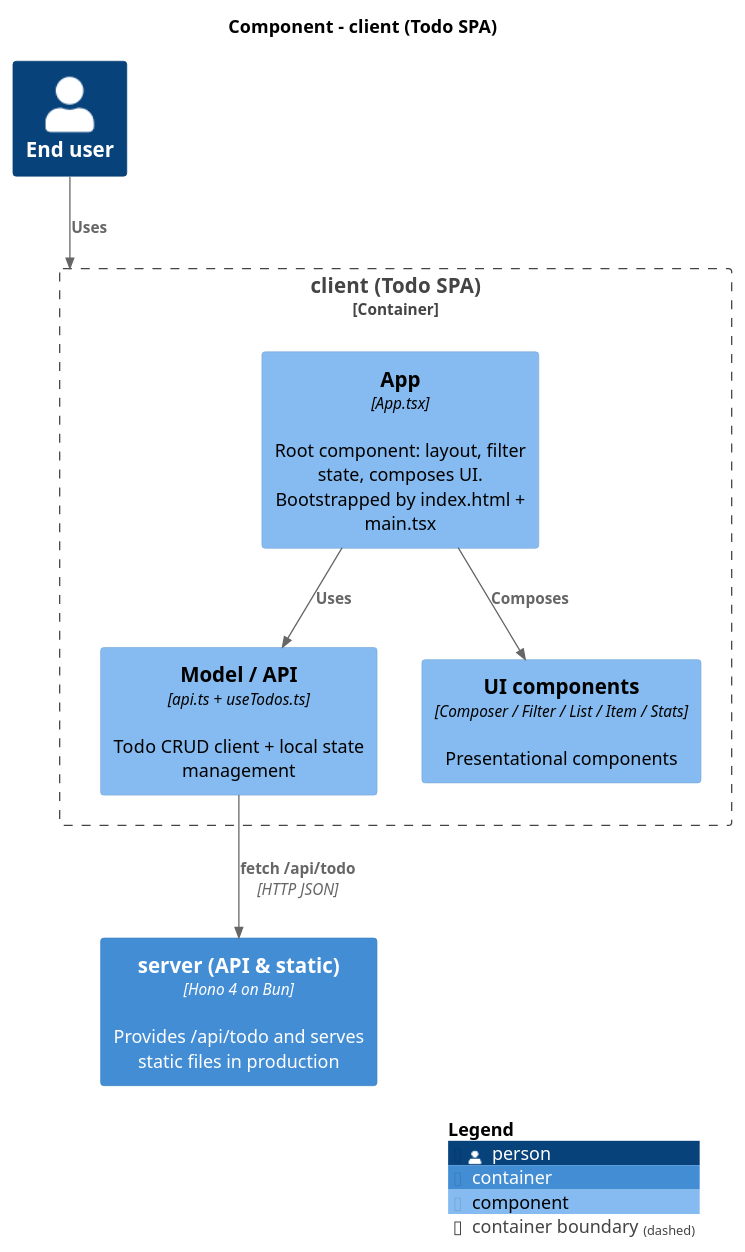
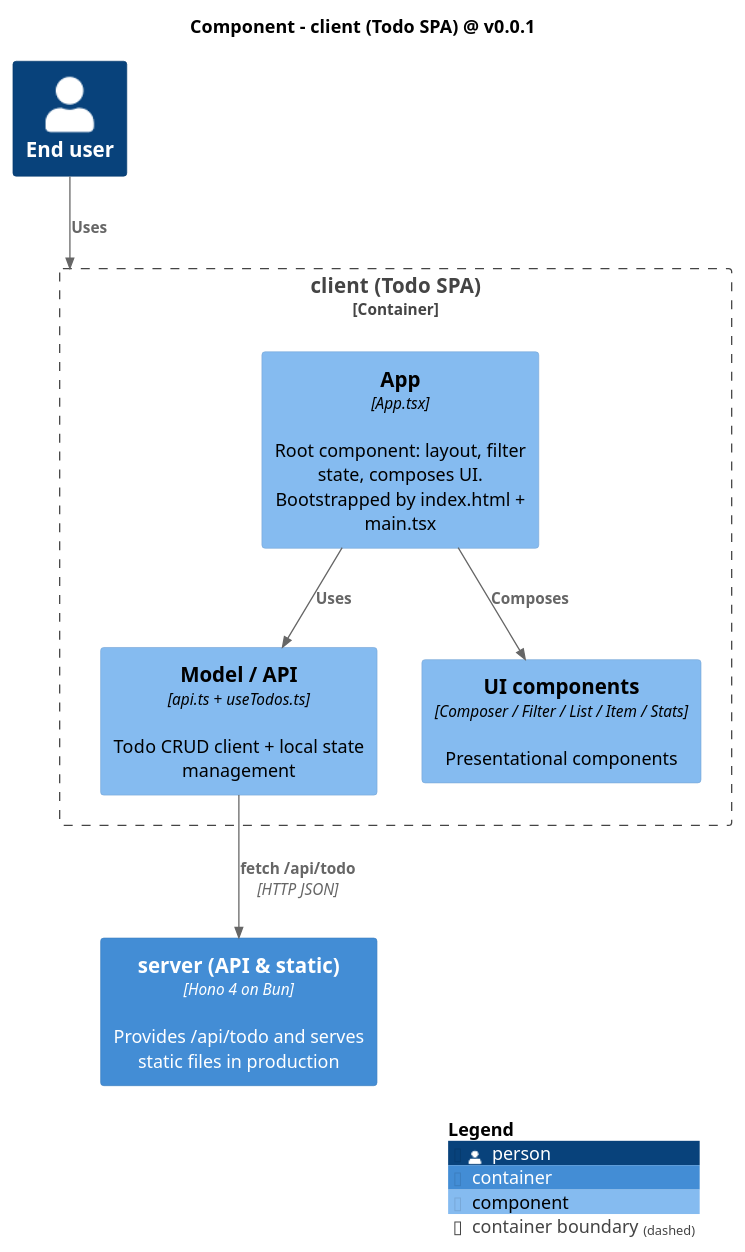
The diagram in docs/architecture/diagrams/03a-component-client.puml (MemoryIt/todo), drawn with PlantUML before and after one commit. The commit also changed 10 other files, not shown here.

Commit message:
docs(diagrams): add the v0.0.1 version anchor to diagram titles

```diff
--- a/docs/architecture/diagrams/03a-component-client.puml
+++ b/docs/architecture/diagrams/03a-component-client.puml
@@ -1,20 +1,20 @@
 @startuml
 !include <C4/C4_Component>
-title Component - client (Todo SPA)
+title Component - client (Todo SPA) @ v0.0.1
 
 Person(user, "End user")
 Container(server, "server (API & static)", "Hono 4 on Bun", "Provides /api/todo and serves static files in production")
 
 Container_Boundary(c, "client (Todo SPA)") {
   Component(app, "App", "App.tsx", "Root component: layout, filter state, composes UI. Bootstrapped by index.html + main.tsx")
   Component(model, "Model / API", "api.ts + useTodos.ts", "Todo CRUD client + local state management")
   Component(ui, "UI components", "Composer / Filter / List / Item / Stats", "Presentational components")
 }
 
 Rel(user, c, "Uses")
 Rel(app, model, "Uses")
 Rel(app, ui, "Composes")
 Rel(model, server, "fetch /api/todo", "HTTP JSON")
 
 SHOW_LEGEND()
 @enduml
```
